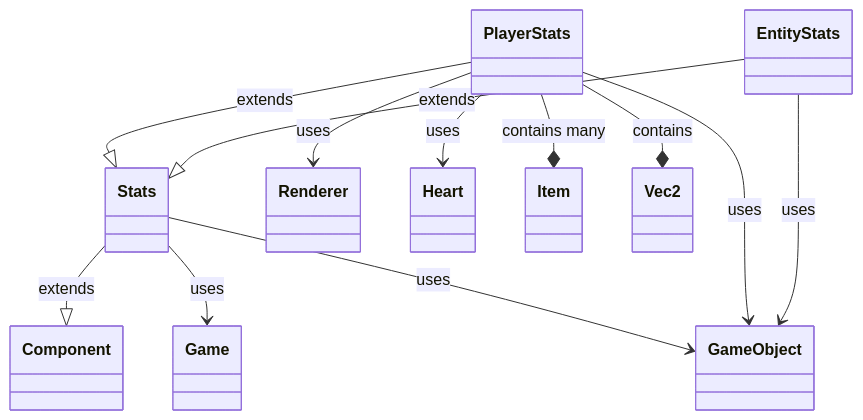
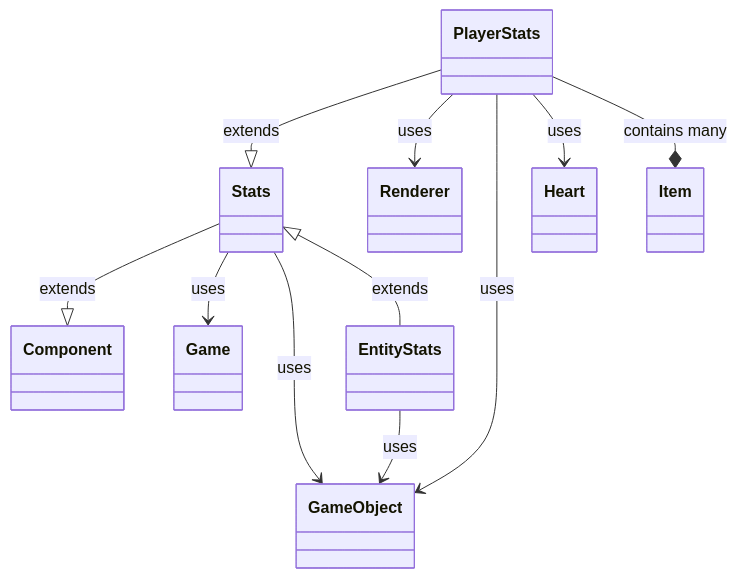
The eighth of 10 diagrams in docs/design/class_diagrams.md (Rimaro03/docs-exam-slayer), drawn with Mermaid before and after one commit. The commit also changed other lines of this file and 2 other files, not shown here.

Commit message:
finished movement sequence diagram

````diff
--- a/docs/design/class_diagrams.md
+++ b/docs/design/class_diagrams.md
@@ -225,16 +182,15 @@
 ```mermaid
 classDiagram
   Stats --|> Component: extends
   Stats --> Game: uses
   Stats --> GameObject: uses
 
   PlayerStats --|> Stats: extends
   PlayerStats --> Renderer: uses
   PlayerStats --> GameObject: uses
   PlayerStats --> Heart: uses
   PlayerStats --* Item: contains many
-  PlayerStats --* Vec2: contains
 
-  EntityStats --|> Stats: extends
+  Stats <|-- EntityStats: extends
   EntityStats --> GameObject: uses
 ```
````
